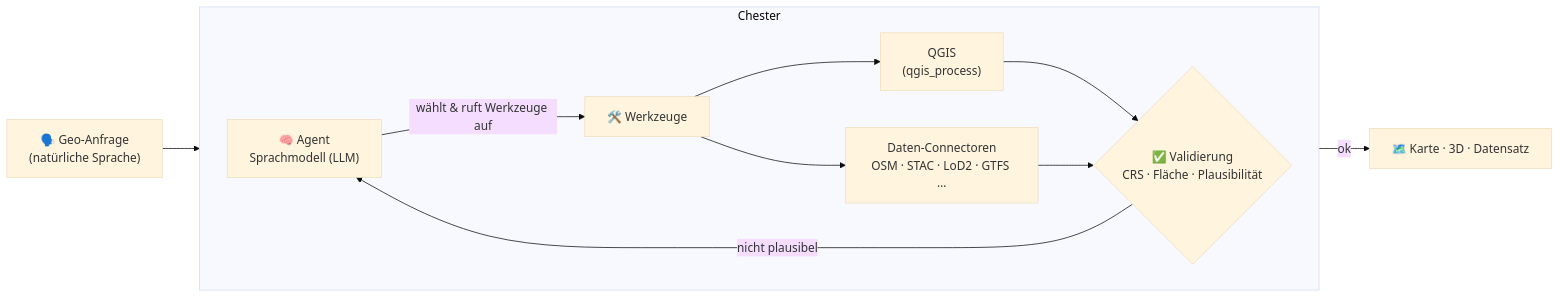
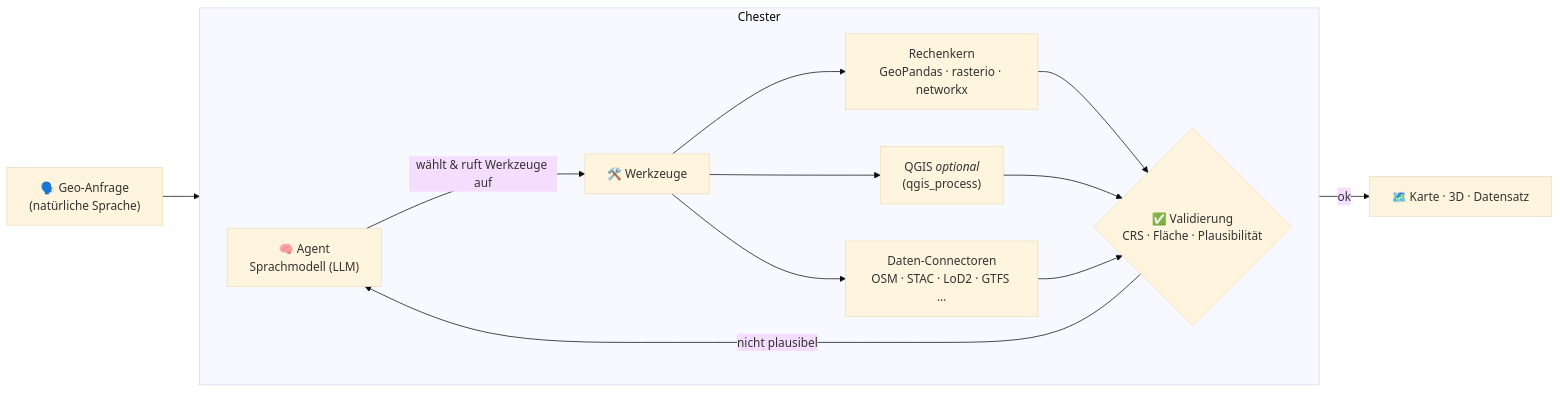
The diagram in README.md (gkvoelkl/python-geoai-agent-chester), drawn with Mermaid (base theme) before and after one commit. The commit also changed other lines of this file and 76 other files, not shown here.

````diff
--- a/README.md
+++ b/README.md
@@ -257,14 +276,16 @@
 ```mermaid
 flowchart LR
   U["🗣️ Geo-Anfrage<br/>(natürliche Sprache)"] --> A
   subgraph Chester
     direction LR
     A["🧠 Agent<br/>Sprachmodell (LLM)"] -->|wählt &amp; ruft Werkzeuge auf| T["🛠️ Werkzeuge"]
-    T --> Q["QGIS<br/>(qgis_process)"]
+    T --> C["Rechenkern<br/>GeoPandas · rasterio · networkx"]
+    T --> Q["QGIS <i>optional</i><br/>(qgis_process)"]
     T --> D["Daten-Connectoren<br/>OSM · STAC · LoD2 · GTFS …"]
-    Q --> V{"✅ Validierung<br/>CRS · Fläche · Plausibilität"}
+    C --> V{"✅ Validierung<br/>CRS · Fläche · Plausibilität"}
+    Q --> V
     D --> V
     V -->|nicht plausibel| A
   end
   V -->|ok| M["🗺️ Karte · 3D · Datensatz"]
 ```
````
